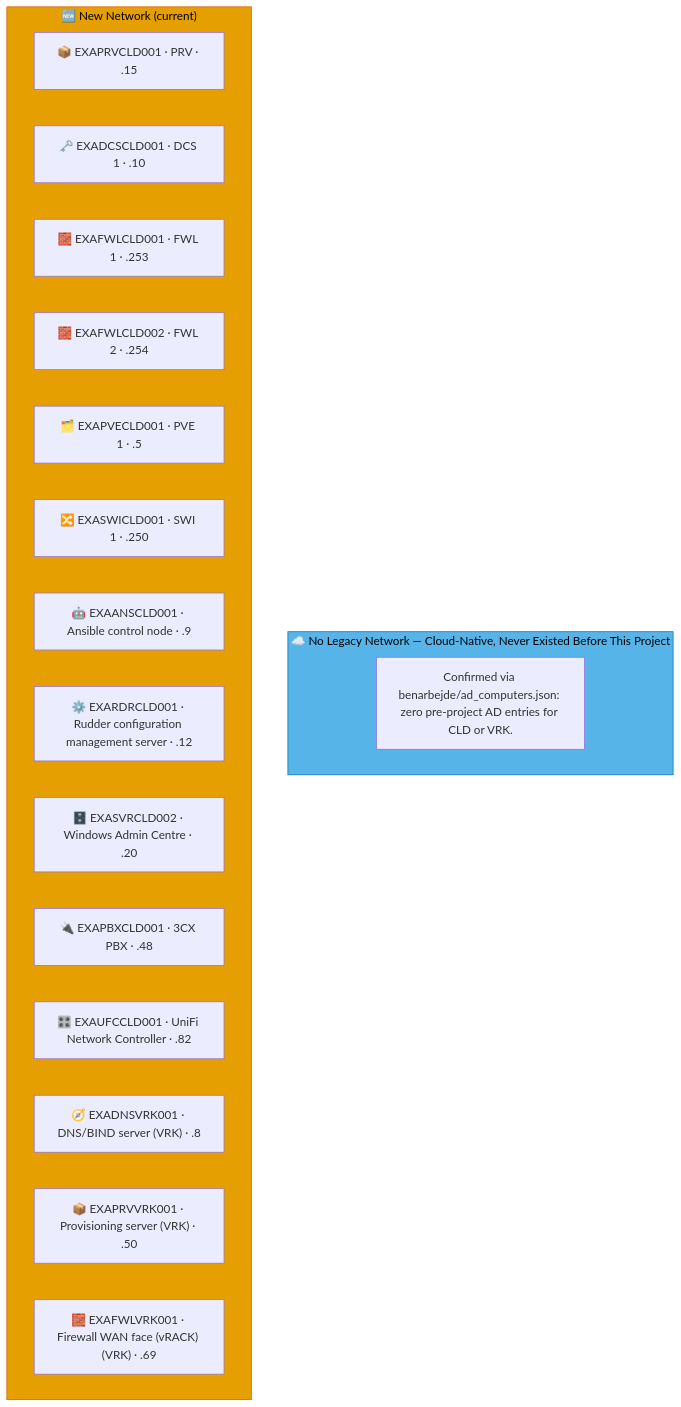
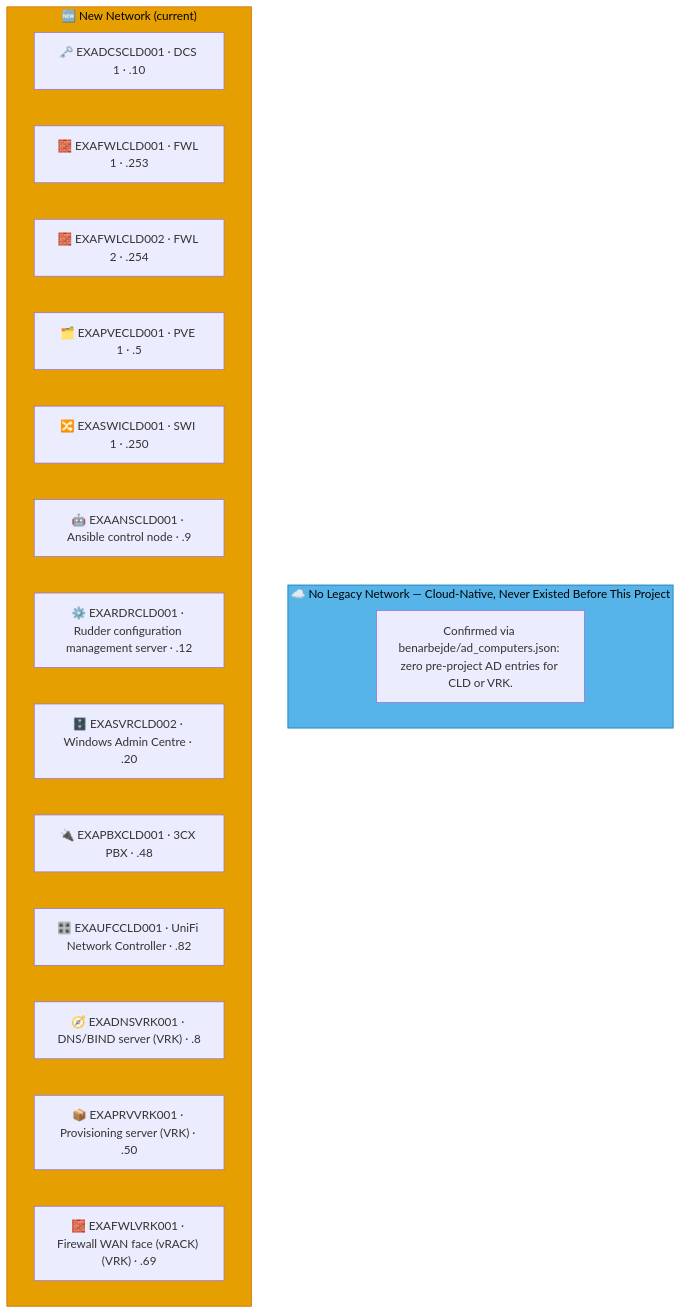
Before and after one commit to knightmare2600/example_music_infra: the diagram in docs/network-diagram/cld.md, drawn with Mermaid. The commit also changed other lines of this file and 55 other files, not shown here.

````diff
--- a/docs/network-diagram/cld.md
+++ b/docs/network-diagram/cld.md
@@ -23,26 +23,25 @@
 ```mermaid
 graph TD
     subgraph OLD_CLD ["☁️ No Legacy Network — Cloud-Native, Never Existed Before This Project"]
       N_OLD_NOTE["Confirmed via benarbejde/ad_computers.json: zero pre-project AD entries for CLD or VRK."]
     end
     style OLD_CLD fill:#56B4E9,stroke:#0072B2,color:#000000
     %% GENERATED:NEW-NETWORK:CLD:START
     subgraph NEW_CLD ["🆕 New Network (current)"]
-      N_PRV["📦 EXAPRVCLD001 · PRV · .15"]
       N_DCS["🗝️ EXADCSCLD001 · DCS 1 · .10"]
       N_FWL["🧱 EXAFWLCLD001 · FWL 1 · .253"]
       N_FWL2["🧱 EXAFWLCLD002 · FWL 2 · .254"]
       N_PVE["🗂️ EXAPVECLD001 · PVE 1 · .5"]
       N_SWI["🔀 EXASWICLD001 · SWI 1 · .250"]
       N_ANS["🤖 EXAANSCLD001 · Ansible control node · .9"]
       N_RDR["⚙️ EXARDRCLD001 · Rudder configuration management server · .12"]
       N_SVR["🗄️ EXASVRCLD002 · Windows Admin Centre · .20"]
       N_PBX["🔌 EXAPBXCLD001 · 3CX PBX · .48"]
       N_UFC["🎛️ EXAUFCCLD001 · UniFi Network Controller · .82"]
       N_DNS["🧭 EXADNSVRK001 · DNS/BIND server (VRK) · .8"]
-      N_PRV2["📦 EXAPRVVRK001 · Provisioning server (VRK) · .50"]
+      N_PRV["📦 EXAPRVVRK001 · Provisioning server (VRK) · .50"]
       N_FWL3["🧱 EXAFWLVRK001 · Firewall WAN face (vRACK) (VRK) · .69"]
     end
     style NEW_CLD fill:#E69F00,stroke:#D55E00,color:#000000
     %% GENERATED:NEW-NETWORK:CLD:END
 ```
````
